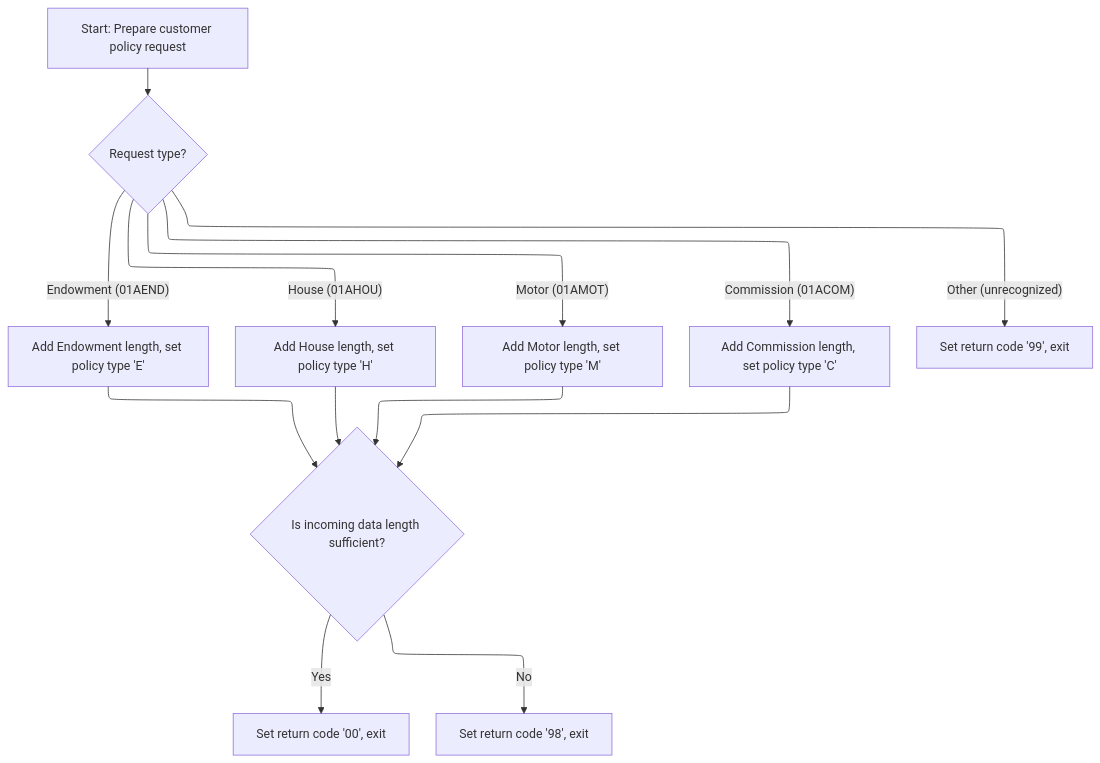
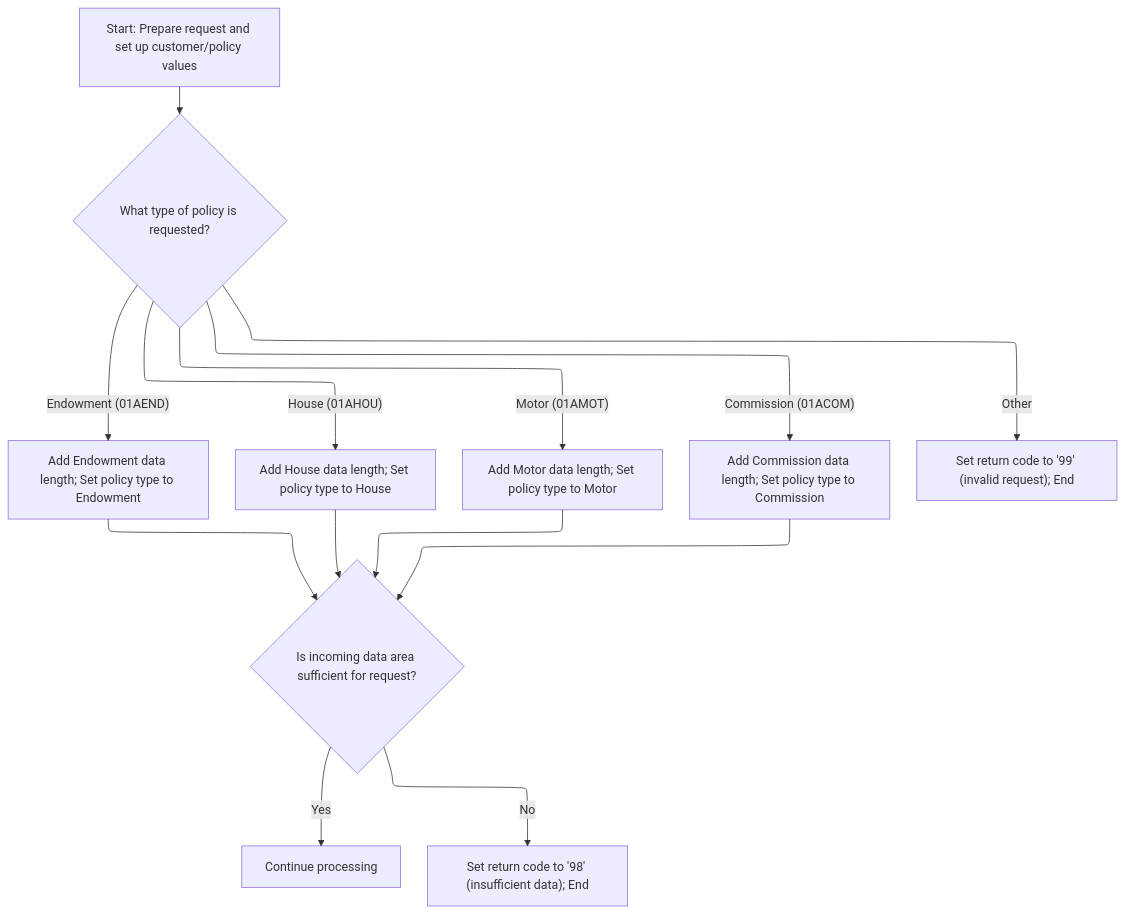
The fourth of 15 diagrams in .swm/inserting-insurance-policy-data-lgapdb09.xwl743qs.sw.md (Giri-Swimm/Swimmio-genapp-motor), drawn with Mermaid before and after one commit. The commit also changed other lines of this file and 17 other files, not shown here.

Commit message:
motor policy inquire process as on 11 nov 2025

````diff
--- a/.swm/inserting-insurance-policy-data-lgapdb09.xwl743qs.sw.md
+++ b/.swm/inserting-insurance-policy-data-lgapdb09.xwl743qs.sw.md
@@ -738,56 +796,56 @@
 ```mermaid
 %%{init: {"flowchart": {"defaultRenderer": "elk"}} }%%
 flowchart TD
-    node1["Start: Prepare customer policy request"]
+    node1["Start: Prepare request and set up customer/policy values"]
     click node1 openCode "base/src/lgapdb09.cbl:209:216"
-    node1 --> node2{"Request type?"}
-    click node2 openCode "base/src/lgapdb09.cbl:218:219"
-    node2 -->|"Endowment (01AEND)"| node3["Add Endowment length, set policy type 'E'"]
+    node1 --> node2{"What type of policy is requested?"}
+    click node2 openCode "base/src/lgapdb09.cbl:218:240"
+    node2 -->|"Endowment (01AEND)"| node3["Add Endowment data length; Set policy type to Endowment"]
     click node3 openCode "base/src/lgapdb09.cbl:220:222"
-    node2 -->|"House (01AHOU)"| node4["Add House length, set policy type 'H'"]
+    node2 -->|"House (01AHOU)"| node4["Add House data length; Set policy type to House"]
     click node4 openCode "base/src/lgapdb09.cbl:224:226"
-    node2 -->|"Motor (01AMOT)"| node5["Add Motor length, set policy type 'M'"]
+    node2 -->|"Motor (01AMOT)"| node5["Add Motor data length; Set policy type to Motor"]
     click node5 openCode "base/src/lgapdb09.cbl:228:230"
-    node2 -->|"Commission (01ACOM)"| node6["Add Commission length, set policy type 'C'"]
+    node2 -->|"Commission (01ACOM)"| node6["Add Commission data length; Set policy type to Commission"]
     click node6 openCode "base/src/lgapdb09.cbl:232:234"
-    node2 -->|"Other (unrecognized)"| node7["Set return code '99', exit"]
+    node2 -->|"Other"| node7["Set return code to '99' (invalid request); End"]
     click node7 openCode "base/src/lgapdb09.cbl:236:238"
-    node3 --> node8{"Is incoming data length sufficient?"}
+    node3 --> node8{"Is incoming data area sufficient for request?"}
+    click node8 openCode "base/src/lgapdb09.cbl:242:245"
     node4 --> node8
     node5 --> node8
     node6 --> node8
-    click node8 openCode "base/src/lgapdb09.cbl:242:242"
-    node8 -->|"Yes"| node9["Set return code '00', exit"]
-    click node9 openCode "base/src/lgapdb09.cbl:209:216"
-    node8 -->|"No"| node10["Set return code '98', exit"]
+    node8 -->|"Yes"| node9["Continue processing"]
+    click node9 openCode "base/src/lgapdb09.cbl:240:241"
+    node8 -->|"No"| node10["Set return code to '98' (insufficient data); End"]
     click node10 openCode "base/src/lgapdb09.cbl:243:244"
 classDef HeadingStyle fill:#777777,stroke:#333,stroke-width:2px;
 
 %% Swimm:
 %% %%{init: {"flowchart": {"defaultRenderer": "elk"}} }%%
 %% flowchart TD
-%%     node1["Start: Prepare customer policy request"]
+%%     node1["Start: Prepare request and set up customer/policy values"]
 %%     click node1 openCode "<SwmPath>[base/src/lgapdb09.cbl](base/src/lgapdb09.cbl)</SwmPath>:209:216"
-%%     node1 --> node2{"Request type?"}
-%%     click node2 openCode "<SwmPath>[base/src/lgapdb09.cbl](base/src/lgapdb09.cbl)</SwmPath>:218:219"
-%%     node2 -->|"Endowment (<SwmToken path="base/src/lgapdb09.cbl" pos="220:4:4" line-data="             WHEN &#39;01AEND&#39;">`01AEND`</SwmToken>)"| node3["Add Endowment length, set policy type 'E'"]
+%%     node1 --> node2{"What type of policy is requested?"}
+%%     click node2 openCode "<SwmPath>[base/src/lgapdb09.cbl](base/src/lgapdb09.cbl)</SwmPath>:218:240"
+%%     node2 -->|"Endowment (<SwmToken path="base/src/lgapdb09.cbl" pos="220:4:4" line-data="             WHEN &#39;01AEND&#39;">`01AEND`</SwmToken>)"| node3["Add Endowment data length; Set policy type to Endowment"]
 %%     click node3 openCode "<SwmPath>[base/src/lgapdb09.cbl](base/src/lgapdb09.cbl)</SwmPath>:220:222"
-%%     node2 -->|"House (<SwmToken path="base/src/lgapdb09.cbl" pos="224:4:4" line-data="             WHEN &#39;01AHOU&#39;">`01AHOU`</SwmToken>)"| node4["Add House length, set policy type 'H'"]
+%%     node2 -->|"House (<SwmToken path="base/src/lgapdb09.cbl" pos="224:4:4" line-data="             WHEN &#39;01AHOU&#39;">`01AHOU`</SwmToken>)"| node4["Add House data length; Set policy type to House"]
 %%     click node4 openCode "<SwmPath>[base/src/lgapdb09.cbl](base/src/lgapdb09.cbl)</SwmPath>:224:226"
-%%     node2 -->|"Motor (<SwmToken path="base/src/lgapdb09.cbl" pos="228:4:4" line-data="             WHEN &#39;01AMOT&#39;">`01AMOT`</SwmToken>)"| node5["Add Motor length, set policy type 'M'"]
+%%     node2 -->|"Motor (<SwmToken path="base/src/lgapdb09.cbl" pos="228:4:4" line-data="             WHEN &#39;01AMOT&#39;">`01AMOT`</SwmToken>)"| node5["Add Motor data length; Set policy type to Motor"]
 %%     click node5 openCode "<SwmPath>[base/src/lgapdb09.cbl](base/src/lgapdb09.cbl)</SwmPath>:228:230"
-%%     node2 -->|"Commission (<SwmToken path="base/src/lgapdb09.cbl" pos="232:4:4" line-data="             WHEN &#39;01ACOM&#39;">`01ACOM`</SwmToken>)"| node6["Add Commission length, set policy type 'C'"]
+%%     node2 -->|"Commission (<SwmToken path="base/src/lgapdb09.cbl" pos="232:4:4" line-data="             WHEN &#39;01ACOM&#39;">`01ACOM`</SwmToken>)"| node6["Add Commission data length; Set policy type to Commission"]
 %%     click node6 openCode "<SwmPath>[base/src/lgapdb09.cbl](base/src/lgapdb09.cbl)</SwmPath>:232:234"
-%%     node2 -->|"Other (unrecognized)"| node7["Set return code '99', exit"]
+%%     node2 -->|"Other"| node7["Set return code to '99' (invalid request); End"]
 %%     click node7 openCode "<SwmPath>[base/src/lgapdb09.cbl](base/src/lgapdb09.cbl)</SwmPath>:236:238"
-%%     node3 --> node8{"Is incoming data length sufficient?"}
+%%     node3 --> node8{"Is incoming data area sufficient for request?"}
+%%     click node8 openCode "<SwmPath>[base/src/lgapdb09.cbl](base/src/lgapdb09.cbl)</SwmPath>:242:245"
 %%     node4 --> node8
 %%     node5 --> node8
 %%     node6 --> node8
-%%     click node8 openCode "<SwmPath>[base/src/lgapdb09.cbl](base/src/lgapdb09.cbl)</SwmPath>:242:242"
-%%     node8 -->|"Yes"| node9["Set return code '00', exit"]
-%%     click node9 openCode "<SwmPath>[base/src/lgapdb09.cbl](base/src/lgapdb09.cbl)</SwmPath>:209:216"
-%%     node8 -->|"No"| node10["Set return code '98', exit"]
+%%     node8 -->|"Yes"| node9["Continue processing"]
+%%     click node9 openCode "<SwmPath>[base/src/lgapdb09.cbl](base/src/lgapdb09.cbl)</SwmPath>:240:241"
+%%     node8 -->|"No"| node10["Set return code to '98' (insufficient data); End"]
 %%     click node10 openCode "<SwmPath>[base/src/lgapdb09.cbl](base/src/lgapdb09.cbl)</SwmPath>:243:244"
 %% classDef HeadingStyle fill:#777777,stroke:#333,stroke-width:2px;
 ```
````
